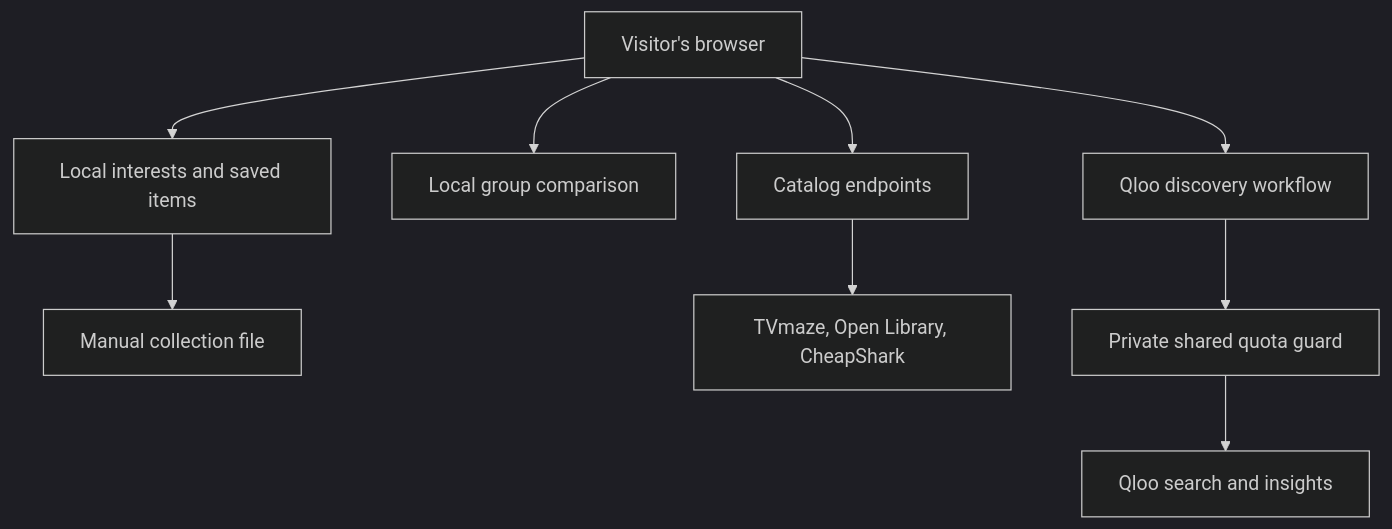
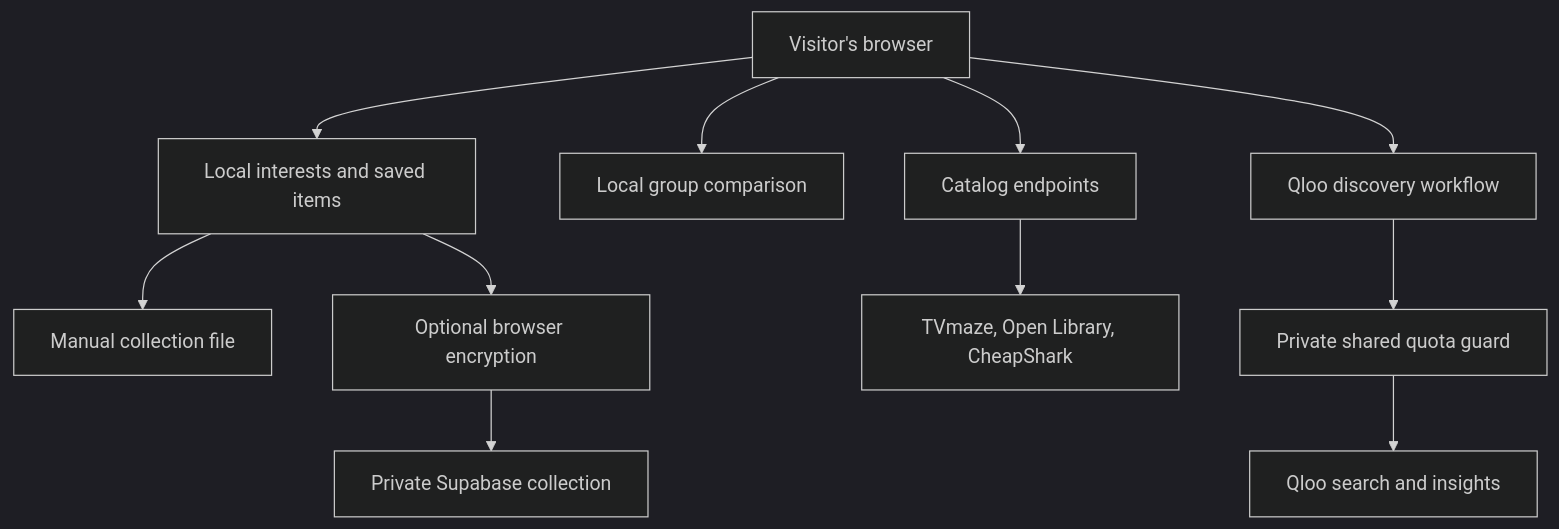
Before and after one commit to adeelfalaksher900-creator/find-your-next-qloo: the diagram in README.md, drawn with Mermaid (dark theme). The commit also changed other lines of this file and 25 other files, not shown here.

````diff
--- a/README.md
+++ b/README.md
@@ -36,11 +36,13 @@
 ```mermaid
 flowchart TD
     U[Visitor's browser] --> S[Local interests and saved items]
     S --> F[Manual collection file]
+    S --> E[Optional browser encryption]
+    E --> V[Private Supabase collection]
     U --> G[Local group comparison]
     U --> C[Catalog endpoints]
     C --> D[TVmaze, Open Library, CheapShark]
     U --> A[Qloo discovery workflow]
     A --> L[Private shared quota guard]
     L --> Q[Qloo search and insights]
 ```
````
